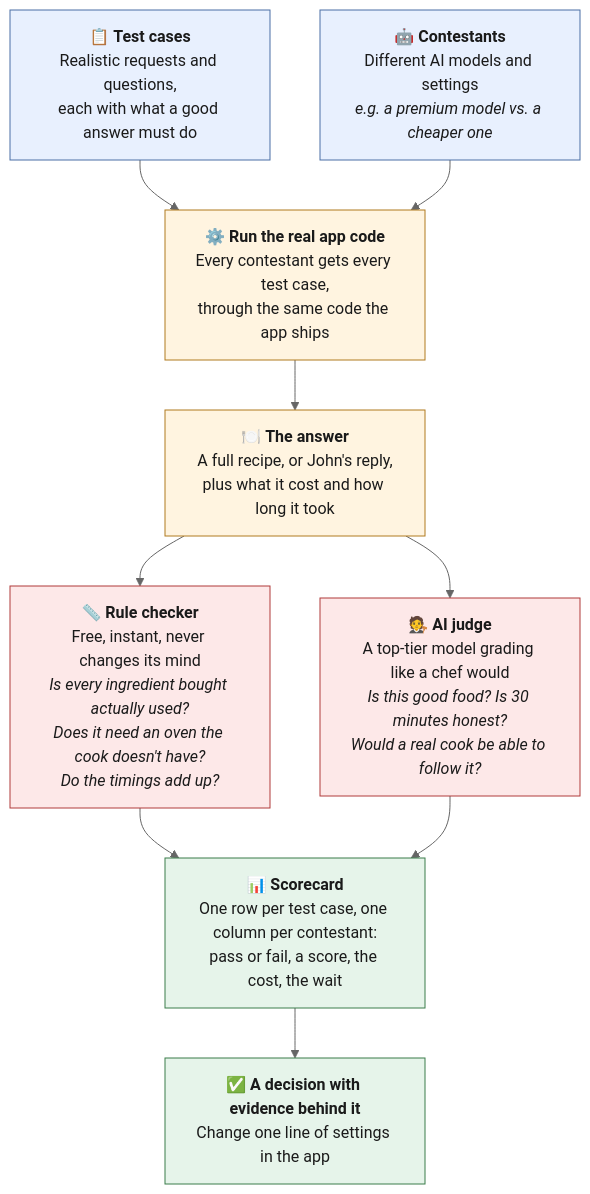
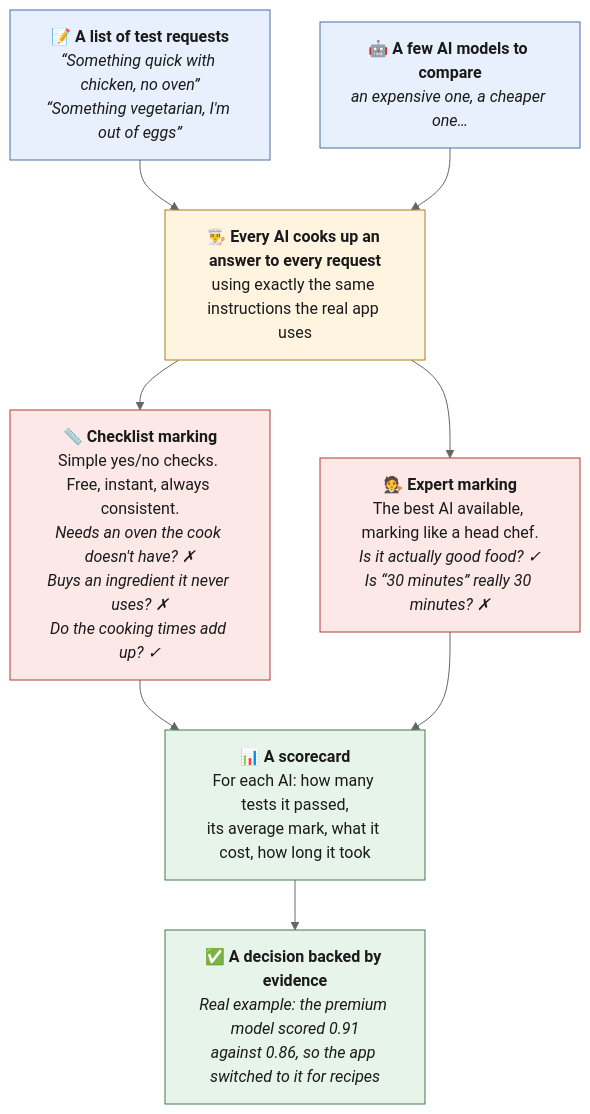
One commit to onedeeper/CookingOsEval changed the diagram in README.md. Above: the diagram before and after it, drawn with Mermaid (neutral theme). The commit also changed other lines of this file and 1 other file, not shown here.

Commit message:
Make the diagrams readable without a programming background
The README diagram now follows one concrete example through checklist marking and expert
marking, and ends on the real decision the harness produced. evals/DIAGRAM.md is rewritten in
plain language, with the code names moved into a collapsed 'For developers' table under each
picture. Metric counts and names checked against the graders.

````diff
--- a/README.md
+++ b/README.md
@@ -19,33 +19,30 @@
 ```mermaid
 flowchart TD
-    A["📋 <b>Test cases</b><br/>Realistic requests and questions,<br/>each with what a good answer must do"]
-    B["🤖 <b>Contestants</b><br/>Different AI models and settings<br/><i>e.g. a premium model vs. a cheaper one</i>"]
+    A["📝 <b>A list of test requests</b><br/><i>“Something quick with chicken, no oven”</i><br/><i>“Something vegetarian, I'm out of eggs”</i>"]
+    B["🤖 <b>A few AI models to compare</b><br/><i>an expensive one, a cheaper one…</i>"]
 
-    C["⚙️ <b>Run the real app code</b><br/>Every contestant gets every test case,<br/>through the same code the app ships"]
+    C["👨‍🍳 <b>Every AI cooks up an answer to every request</b><br/>using exactly the same instructions the real app uses"]
 
-    D["🍽️ <b>The answer</b><br/>A full recipe, or John's reply,<br/>plus what it cost and how long it took"]
+    E["📏 <b>Checklist marking</b><br/>Simple yes/no checks. Free, instant, always consistent.<br/><i>Needs an oven the cook doesn't have? ✗<br/>Buys an ingredient it never uses? ✗<br/>Do the cooking times add up? ✓</i>"]
+    F["🧑‍⚖️ <b>Expert marking</b><br/>The best AI available, marking like a head chef.<br/><i>Is it actually good food? ✓<br/>Is “30 minutes” really 30 minutes? ✗</i>"]
 
-    E["📏 <b>Rule checker</b><br/>Free, instant, never changes its mind<br/><i>Is every ingredient bought actually used?<br/>Does it need an oven the cook doesn't have?<br/>Do the timings add up?</i>"]
-    F["🧑‍⚖️ <b>AI judge</b><br/>A top-tier model grading like a chef would<br/><i>Is this good food? Is 30 minutes honest?<br/>Would a real cook be able to follow it?</i>"]
-
-    G["📊 <b>Scorecard</b><br/>One row per test case, one column per contestant:<br/>pass or fail, a score, the cost, the wait"]
-    H["✅ <b>A decision with evidence behind it</b><br/>Change one line of settings in the app"]
+    G["📊 <b>A scorecard</b><br/>For each AI: how many tests it passed,<br/>its average mark, what it cost, how long it took"]
+    H["✅ <b>A decision backed by evidence</b><br/><i>Real example: the premium model scored 0.91<br/>against 0.86, so the app switched to it for recipes</i>"]
 
     A --> C
     B --> C
-    C --> D
-    D --> E
-    D --> F
+    C --> E
+    C --> F
     E --> G
     F --> G
     G --> H
 
     classDef input fill:#e8f0fe,stroke:#4a6fa5,color:#1a1a1a
     classDef step fill:#fff4e0,stroke:#b07a1f,color:#1a1a1a
     classDef grade fill:#fde8e8,stroke:#b03a3a,color:#1a1a1a
     classDef output fill:#e6f4ea,stroke:#3a7d4a,color:#1a1a1a
     class A,B input
-    class C,D step
+    class C step
     class E,F grade
     class G,H output
 ```
````
